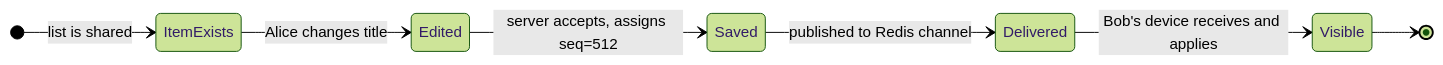
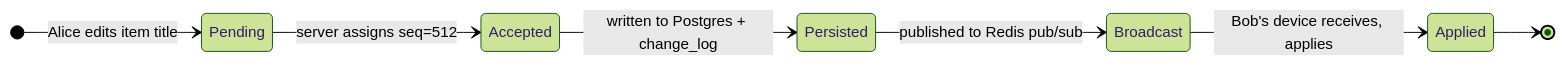
One commit to shiningflash/system-design changed the first of 12 diagrams in problems/013-todo-list-sharing/question.md. Above: the diagram before and after it, drawn with Mermaid (forest theme). The commit also changed other lines of this file and 37 other files, not shown here.

````diff
--- a/problems/013-todo-list-sharing/question.md
+++ b/problems/013-todo-list-sharing/question.md
@@ -36,10 +32,10 @@
 ```mermaid
 stateDiagram-v2
     direction LR
-    [*] --> ItemExists: list is shared
-    ItemExists --> Edited: Alice changes title
-    Edited --> Saved: server accepts, assigns seq=512
-    Saved --> Delivered: published to Redis channel
-    Delivered --> Visible: Bob's device receives and applies
-    Visible --> [*]
+    [*] --> Pending: Alice edits item title
+    Pending --> Accepted: server assigns seq=512
+    Accepted --> Persisted: written to Postgres + change_log
+    Persisted --> Broadcast: published to Redis pub/sub
+    Broadcast --> Applied: Bob's device receives, applies
+    Applied --> [*]
 ```
````
